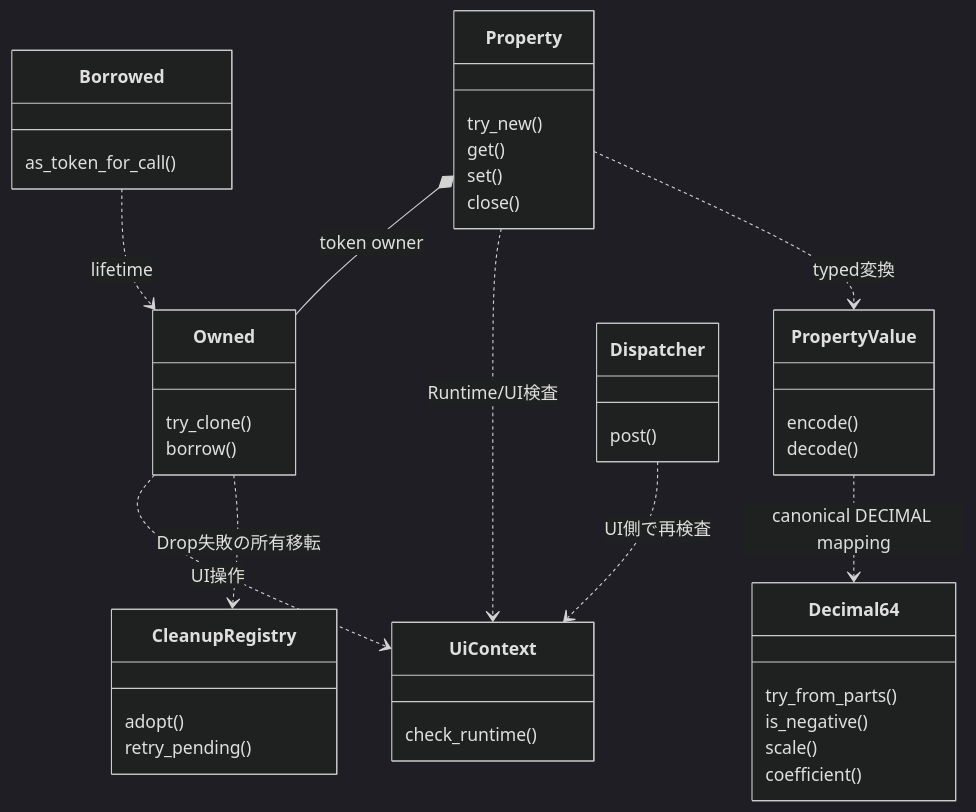
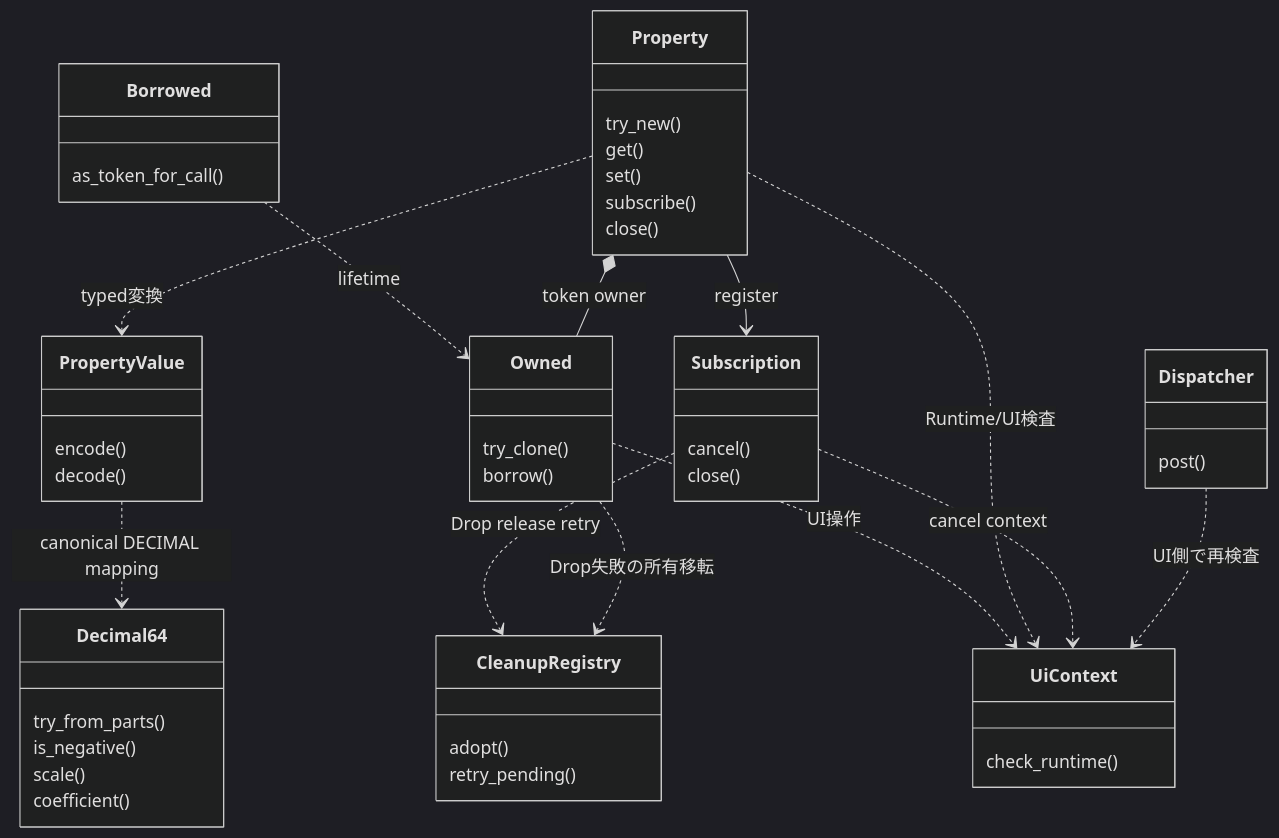
One commit to edamame-edame/freemvvm changed the sixth of 6 diagrams in .docs/13_detail_design/wrappers/rust.md. Above: the diagram before and after it, drawn with Mermaid (dark theme). The commit also changed other lines of this file and 4 other files, not shown here.

````diff
--- a/.docs/13_detail_design/wrappers/rust.md
+++ b/.docs/13_detail_design/wrappers/rust.md
@@ -348,45 +359,53 @@
 ```mermaid
 classDiagram
     direction TB
     class Owned {
         try_clone()
         borrow()
     }
     class Borrowed {
         as_token_for_call()
     }
     class UiContext {
         check_runtime()
     }
     class Property {
         try_new()
         get()
         set()
+        subscribe()
+        close()
+    }
+    class Subscription {
+        cancel()
         close()
     }
     class Decimal64 {
         try_from_parts()
         is_negative()
         scale()
         coefficient()
     }
     class PropertyValue {
         encode()
         decode()
     }
     class CleanupRegistry {
         adopt()
         retry_pending()
     }
     class Dispatcher {
         post()
     }
     Borrowed ..> Owned : lifetime
     Owned ..> UiContext : UI操作
     Property *-- Owned : token owner
     Property ..> UiContext : Runtime/UI検査
     Property ..> PropertyValue : typed変換
     PropertyValue ..> Decimal64 : canonical DECIMAL mapping
+    Property --> Subscription : register
+    Subscription ..> UiContext : cancel context
+    Subscription ..> CleanupRegistry : Drop release retry
     Owned ..> CleanupRegistry : Drop失敗の所有移転
     Dispatcher ..> UiContext : UI側で再検査
 ```
````
